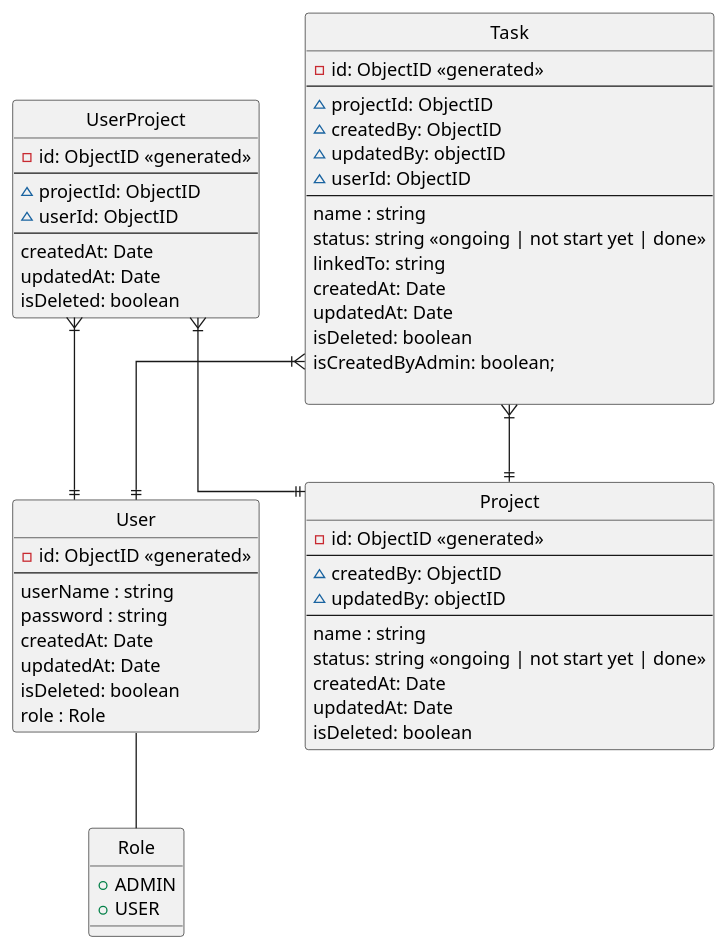
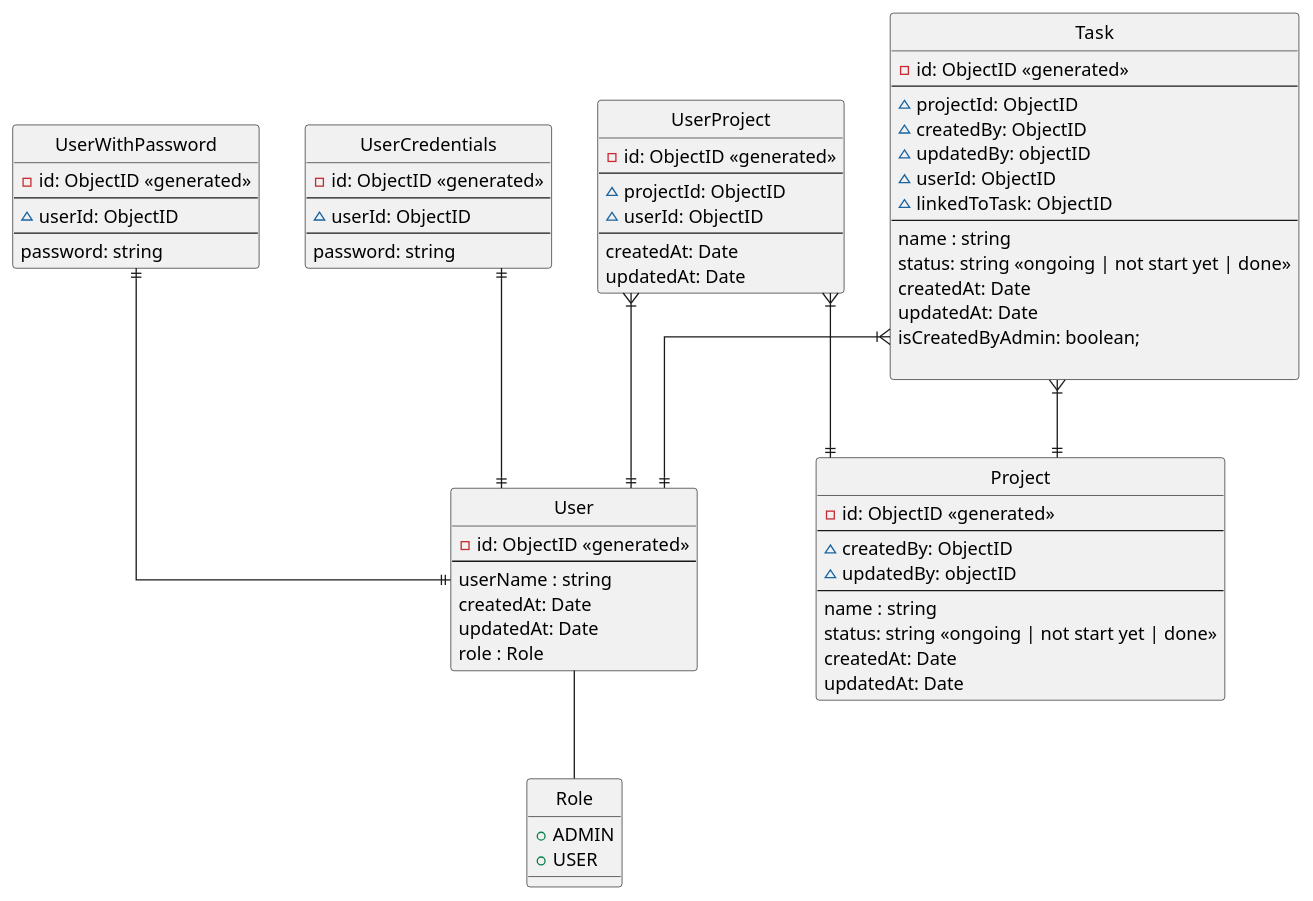
The diagram in ERD.wsd (Nghia4/todoexample-lb4), drawn with PlantUML before and after one commit. The commit also changed 14 other files, not shown here.

Commit message:
update ERD, fix authenticate, add user-with-password for security, add linked Task, fix role for Task

```diff
--- a/ERD.wsd
+++ b/ERD.wsd
@@ -1,78 +1,90 @@
 @startuml Todo
 ' hide the spot
 hide circle
 
 ' avoid problems with angled crows feet
 skinparam linetype ortho
 
 entity "User" as user {
     -id: ObjectID <<generated>>
     --
     userName : string
-    password : string
     createdAt: Date
     updatedAt: Date
-    isDeleted: boolean
     role : Role
 }
 
 
 entity "Project" as project {
     -id: ObjectID <<generated>>
     --
     ~ createdBy: ObjectID
     ~ updatedBy: objectID
     --
     name : string
     status: string <<ongoing | not start yet | done>>
     createdAt: Date
     updatedAt: Date
-    isDeleted: boolean
 }
 
 
 entity "UserProject" as userproject {
     -id: ObjectID <<generated>>
     --
     ~ projectId: ObjectID
     ~ userId: ObjectID
     --
     createdAt: Date
     updatedAt: Date
-    isDeleted: boolean
 }
 
+entity "UserWithPassword" as userwithpassword {
+    -id: ObjectID <<generated>>
+    --
+    ~ userId: ObjectID
+    --
+    password: string
+}
+
+entity "UserCredentials" as usercredentials {
+    -id: ObjectID <<generated>>
+    --
+    ~ userId: ObjectID
+    --
+    password: string
+}
 
 entity "Task" as task {
     -id: ObjectID <<generated>>
     --
     ~ projectId: ObjectID
     ~ createdBy: ObjectID
     ~ updatedBy: objectID
     ~ userId: ObjectID
+    ~ linkedToTask: ObjectID
     --
     name : string
     status: string <<ongoing | not start yet | done>>
-    linkedTo: string
     createdAt: Date
     updatedAt: Date
-    isDeleted: boolean
     isCreatedByAdmin: boolean;
 
 }
 
 enum Role {
     + ADMIN
     + USER
 }
 
 userproject }|--|| user
 userproject }|--|| project
 
 task }|--|| project
 task }|--|| user
 
 user -- Role
 
+usercredentials ||--|| user
+userwithpassword ||--|| user
 
 @enduml
```
